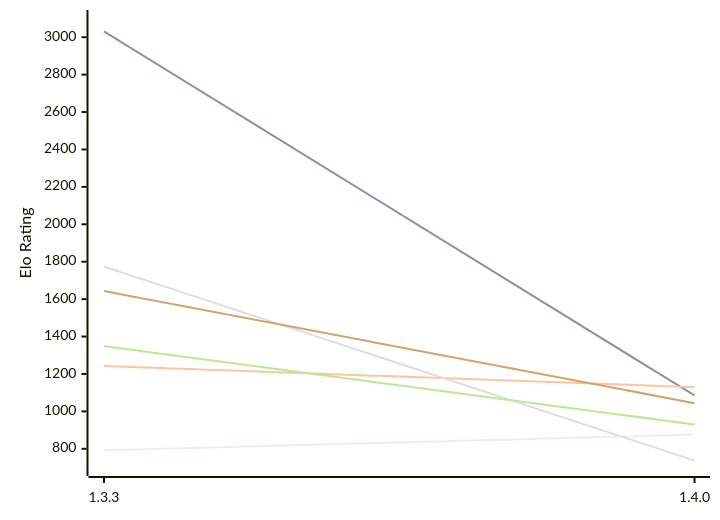
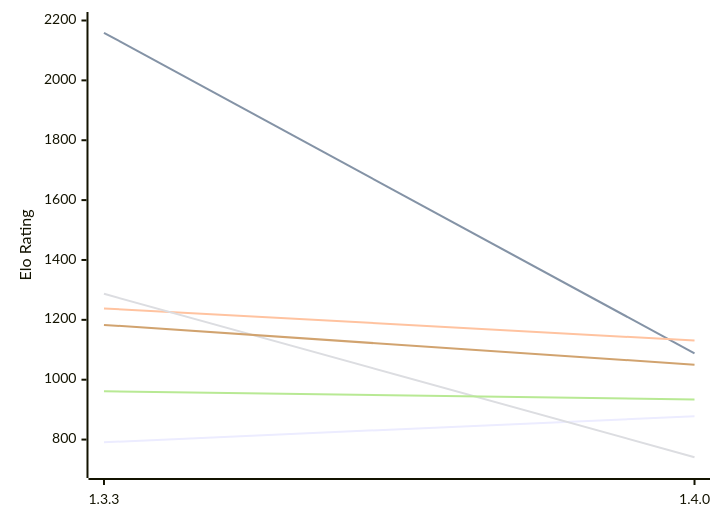
The first of 2 diagrams in engines/Whitespine.md (computer-chess-index/cci), drawn with Mermaid before and after one commit. The commit also changed other lines of this file, not shown here.

Commit message:
Update CCI Ratings (ELO VLTC) - 2026-11-14

````diff
--- a/engines/Whitespine.md
+++ b/engines/Whitespine.md
@@ -51,12 +51,12 @@
 ```mermaid
 %%{init: {"theme":"base","themeVariables":{"seriesColors:['#a3a3a3','#222221','#faa371']}}}%%
 xychart-beta
   x-axis ["1.3.3", "1.4.0"]
-  y-axis "Elo Rating" 700 --> 3100
-  line "E1: STC (8.0+0.08s)" [792, 876]
-  line "E1: LTC (60.0+0.60s)" [3031, 1085]
-  line "E1: VLTC (2m24s+1.12s)" [1243, 1129]
-  line "P1: STC (8.0+0.08s)" [1774, 737]
-  line "P1: LTC (60.0+0.60s)" [1349, 930]
-  line "P1: VLTC (2m24s+1.12s)" [1643, 1044]
+  y-axis "Elo Rating" 700 --> 2200
+  line "E1: STC (8.0+0.08s)" [791, 878]
+  line "E1: LTC (60.0+0.60s)" [2159, 1088]
+  line "E1: VLTC (2m24s+1.12s)" [1238, 1131]
+  line "P1: STC (8.0+0.08s)" [1287, 741]
+  line "P1: LTC (60.0+0.60s)" [961, 934]
+  line "P1: VLTC (2m24s+1.12s)" [1183, 1050]
 ```
````
